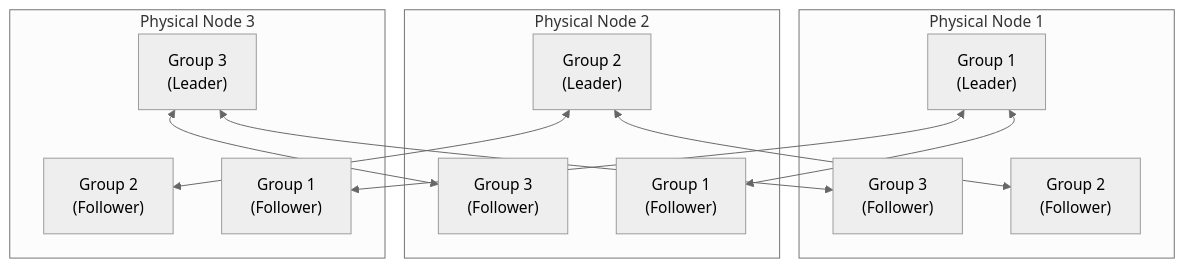
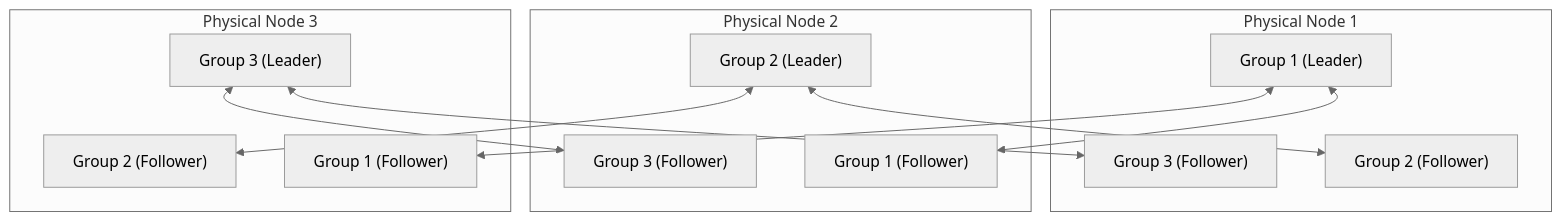
One commit to bmscomp/raft changed the second of 4 diagrams in docs/book/21-multi-raft-groups.md. Above: the diagram before and after it, drawn with Mermaid (neutral theme). The commit also changed other lines of this file and 38 other files, not shown here.

First line of the commit message:
docs: replace ASCII art with Mermaid diagrams across book and tutorials

````diff
--- a/docs/book/21-multi-raft-groups.md
+++ b/docs/book/21-multi-raft-groups.md
@@ -36,27 +36,27 @@
 ```mermaid
 flowchart TB
     subgraph Node1["Physical Node 1"]
-        G1L["Group 1\n(Leader)"]
-        G2F["Group 2\n(Follower)"]
-        G3F["Group 3\n(Follower)"]
+        G1L["Group 1 (Leader)"]
+        G2F["Group 2 (Follower)"]
+        G3F["Group 3 (Follower)"]
     end
 
     subgraph Node2["Physical Node 2"]
-        G1F1["Group 1\n(Follower)"]
-        G2L["Group 2\n(Leader)"]
-        G3F2["Group 3\n(Follower)"]
+        G1F1["Group 1 (Follower)"]
+        G2L["Group 2 (Leader)"]
+        G3F2["Group 3 (Follower)"]
     end
 
     subgraph Node3["Physical Node 3"]
-        G1F2["Group 1\n(Follower)"]
-        G2F2["Group 2\n(Follower)"]
-        G3L["Group 3\n(Leader)"]
+        G1F2["Group 1 (Follower)"]
+        G2F2["Group 2 (Follower)"]
+        G3L["Group 3 (Leader)"]
     end
 
     G1L <--> G1F1
     G1L <--> G1F2
     G2L <--> G2F
     G2L <--> G2F2
     G3L <--> G3F
     G3L <--> G3F2
 ```
````
